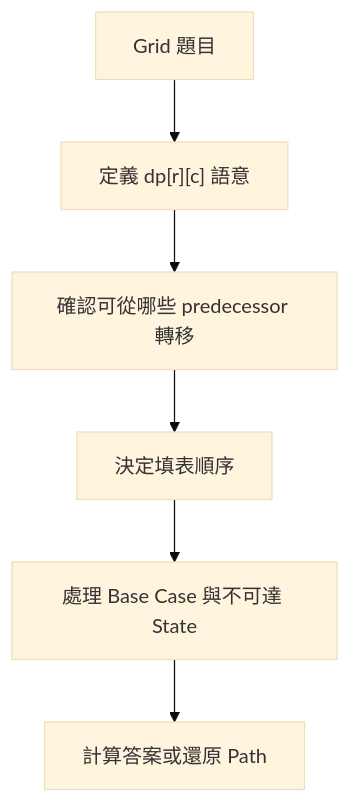
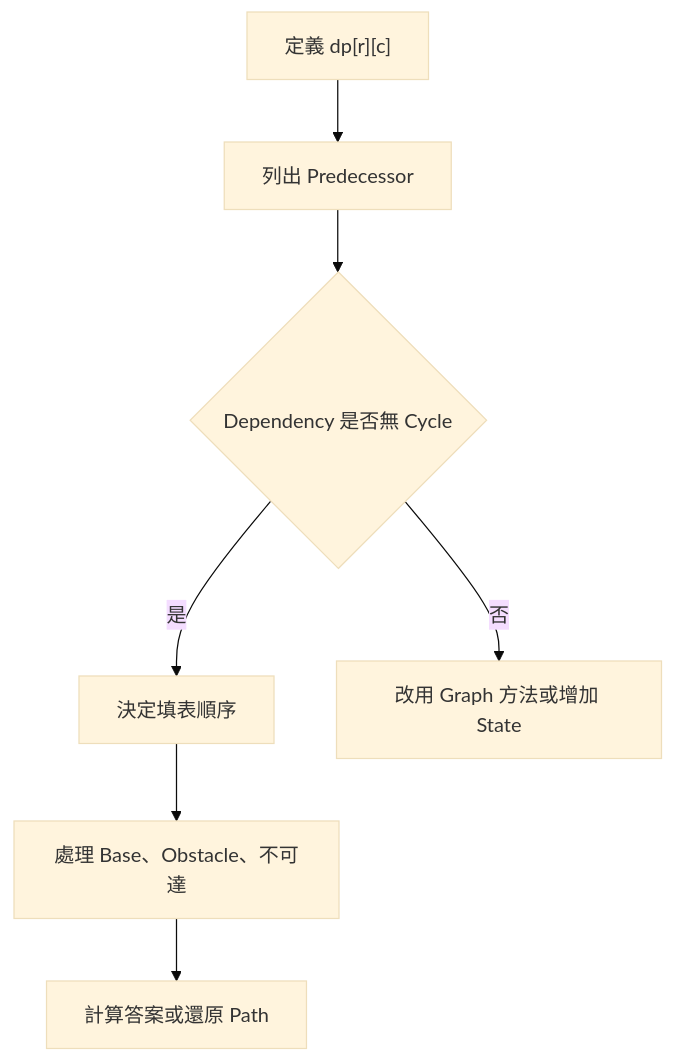
Before and after one commit to davidchen0970/algorithm_note: the first of 4 diagrams in 09_dynamic_programming/39_grid_dp.md, drawn with Mermaid (base theme). The commit also changed other lines of this file and 2 other files, not shown here.

````diff
--- a/09_dynamic_programming/39_grid_dp.md
+++ b/09_dynamic_programming/39_grid_dp.md
@@ -9,8 +35,9 @@
 ```mermaid
 flowchart TD
-    A["Grid 題目"] --> B["定義 dp[r][c] 語意"]
-    B --> C["確認可從哪些 predecessor 轉移"]
-    C --> D["決定填表順序"]
-    D --> E["處理 Base Case 與不可達 State"]
-    E --> F["計算答案或還原 Path"]
+    A["定義 dp[r][c]"] --> B["列出 Predecessor"]
+    B --> C{"Dependency 是否無 Cycle"}
+    C -->|是| D["決定填表順序"]
+    C -->|否| E["改用 Graph 方法或增加 State"]
+    D --> F["處理 Base、Obstacle、不可達"]
+    F --> G["計算答案或還原 Path"]
 ```
````
